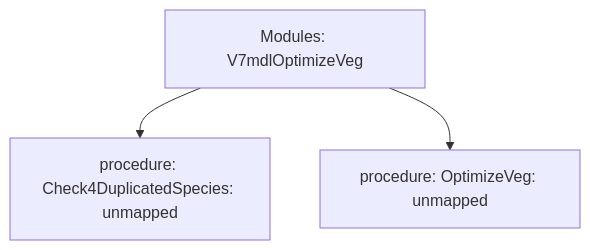
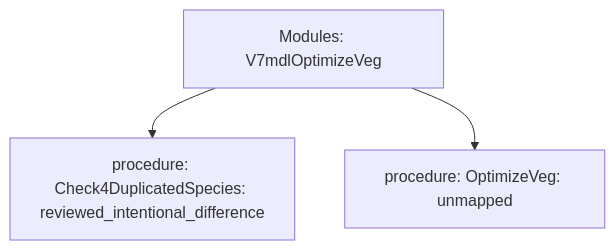
One commit to Boostao/vpro changed the diagram in data-raw/parity/generated/trees/modules-v7mdloptimizeveg.mmd. Above: the diagram before and after it, drawn with Mermaid. The commit also changed 19 other files, not shown here.

```diff
--- a/data-raw/parity/generated/trees/modules-v7mdloptimizeveg.mmd
+++ b/data-raw/parity/generated/trees/modules-v7mdloptimizeveg.mmd
@@ -1,4 +1,4 @@
 flowchart TD
   root[Modules: V7mdlOptimizeVeg]
-  root --> n1[procedure: Check4DuplicatedSpecies: unmapped]
+  root --> n1[procedure: Check4DuplicatedSpecies: reviewed_intentional_difference]
   root --> n2[procedure: OptimizeVeg: unmapped]
```
